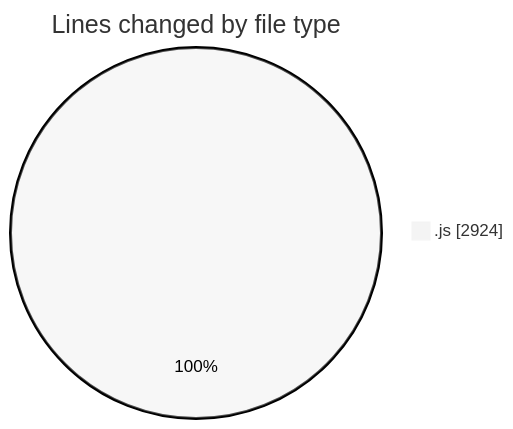
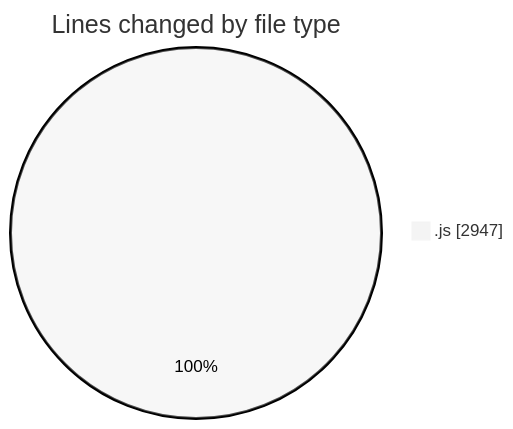
One commit to nxtqubesakshisongat/code-tracking changed the first of 2 diagrams in 2025-09-08/cashcalculator/README.md. Above: the diagram before and after it, drawn with Mermaid (neutral theme). The commit also changed other lines of this file and 1 other file, not shown here.

````diff
--- a/2025-09-08/cashcalculator/README.md
+++ b/2025-09-08/cashcalculator/README.md
@@ -20,5 +20,5 @@
 ```mermaid
 pie showData
 title Lines changed by file type
-".js" : 2924
+".js" : 2947
 ```
````
